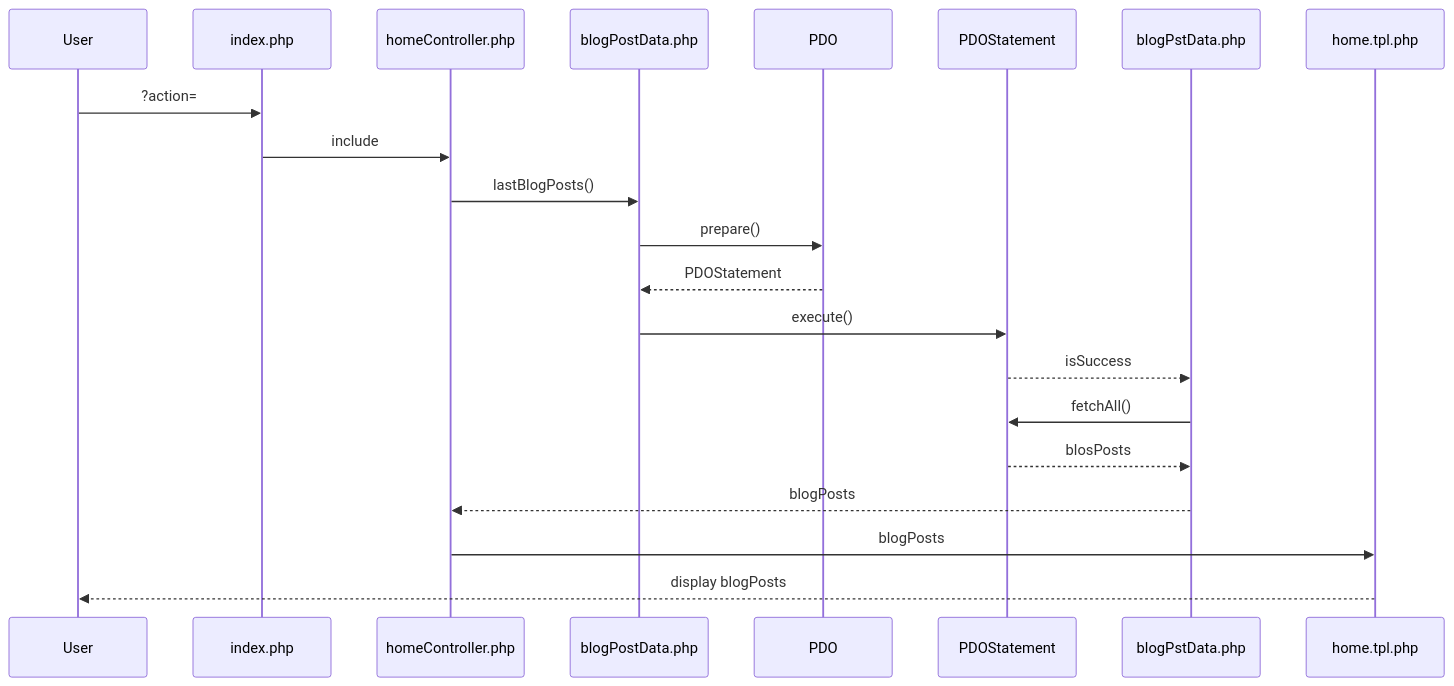
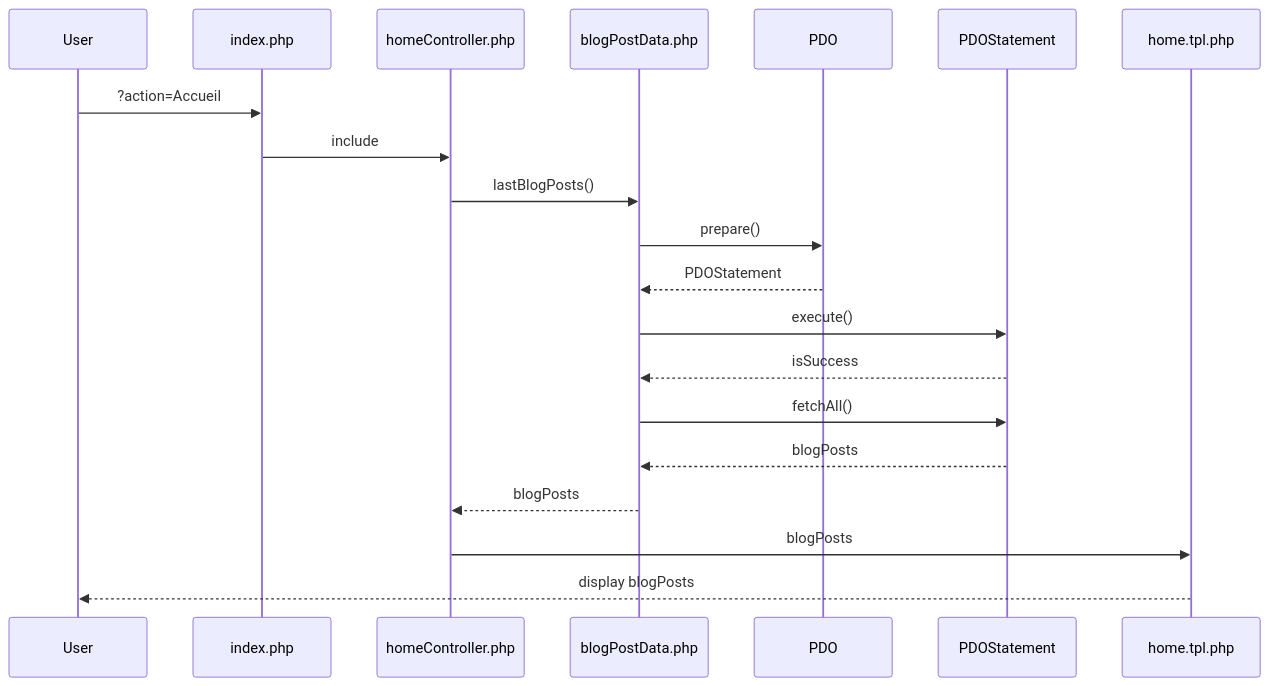
Before and after one commit to AugustinPech/Cours_3_PHP: the second of 3 diagrams in doc/diagramme.md, drawn with Mermaid. The commit also changed other lines of this file and 8 other files, not shown here.

````diff
--- a/doc/diagramme.md
+++ b/doc/diagramme.md
@@ -11,15 +14,15 @@
 ```mermaid
 sequenceDiagram
-    User->>index.php: ?action=
+    User->>index.php: ?action=Accueil
     index.php->>homeController.php: include
     homeController.php->>blogPostData.php: lastBlogPosts()
     blogPostData.php->>PDO: prepare()
     PDO-->>blogPostData.php: PDOStatement
     blogPostData.php->>PDOStatement: execute()
-    PDOStatement-->>blogPstData.php: isSuccess
-    blogPstData.php->>PDOStatement: fetchAll()
-    PDOStatement-->>blogPstData.php: blosPosts
-    blogPstData.php-->>homeController.php: blogPosts
+    PDOStatement-->>blogPostData.php: isSuccess
+    blogPostData.php->>PDOStatement: fetchAll()
+    PDOStatement-->>blogPostData.php: blogPosts
+    blogPostData.php-->>homeController.php: blogPosts
     homeController.php->>home.tpl.php: blogPosts
     home.tpl.php -->>User: display blogPosts
 ```
````
